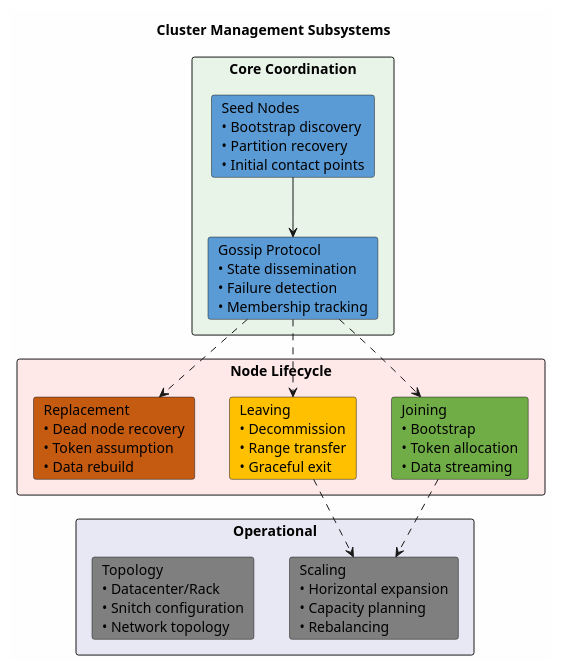
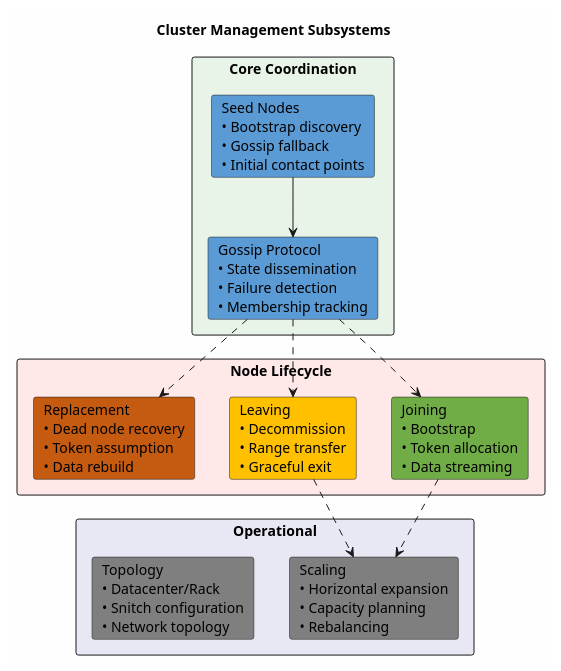
Before and after one commit to axonops/documentation: the diagram in docs/data-platforms/cassandra/architecture/cluster-management/index.md, drawn with PlantUML. The commit also changed other lines of this file and 262 other files, not shown here.

````diff
--- a/docs/data-platforms/cassandra/architecture/cluster-management/index.md
+++ b/docs/data-platforms/cassandra/architecture/cluster-management/index.md
@@ -19,31 +19,31 @@
 ```plantuml
 @startuml
 skinparam backgroundColor #FEFEFE
 
 title Cluster Management Subsystems
 
 rectangle "Core Coordination" as core #E8F4E8 {
     card "Gossip Protocol\n• State dissemination\n• Failure detection\n• Membership tracking" as gossip #5B9BD5
-    card "Seed Nodes\n• Bootstrap discovery\n• Partition recovery\n• Initial contact points" as seeds #5B9BD5
+    card "Seed Nodes\n• Bootstrap discovery\n• Gossip fallback\n• Initial contact points" as seeds #5B9BD5
 }
 
 rectangle "Node Lifecycle" as lifecycle #FFE8E8 {
     card "Joining\n• Bootstrap\n• Token allocation\n• Data streaming" as join #70AD47
     card "Leaving\n• Decommission\n• Range transfer\n• Graceful exit" as leave #FFC000
     card "Replacement\n• Dead node recovery\n• Token assumption\n• Data rebuild" as replace #C55A11
 }
 
 rectangle "Operational" as ops #E8E8F4 {
     card "Scaling\n• Horizontal expansion\n• Capacity planning\n• Rebalancing" as scale #7F7F7F
     card "Topology\n• Datacenter/Rack\n• Snitch configuration\n• Network topology" as topology #7F7F7F
 }
 
 seeds --> gossip
 gossip ..> join
 gossip ..> leave
 gossip ..> replace
 join ..> scale
 leave ..> scale
 
 @enduml
 ```
````
